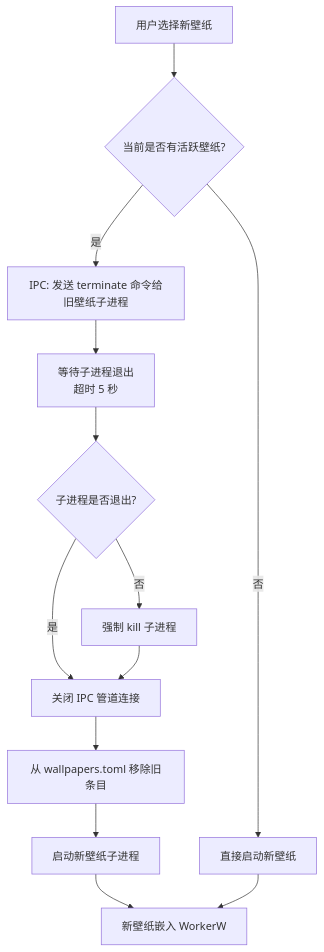
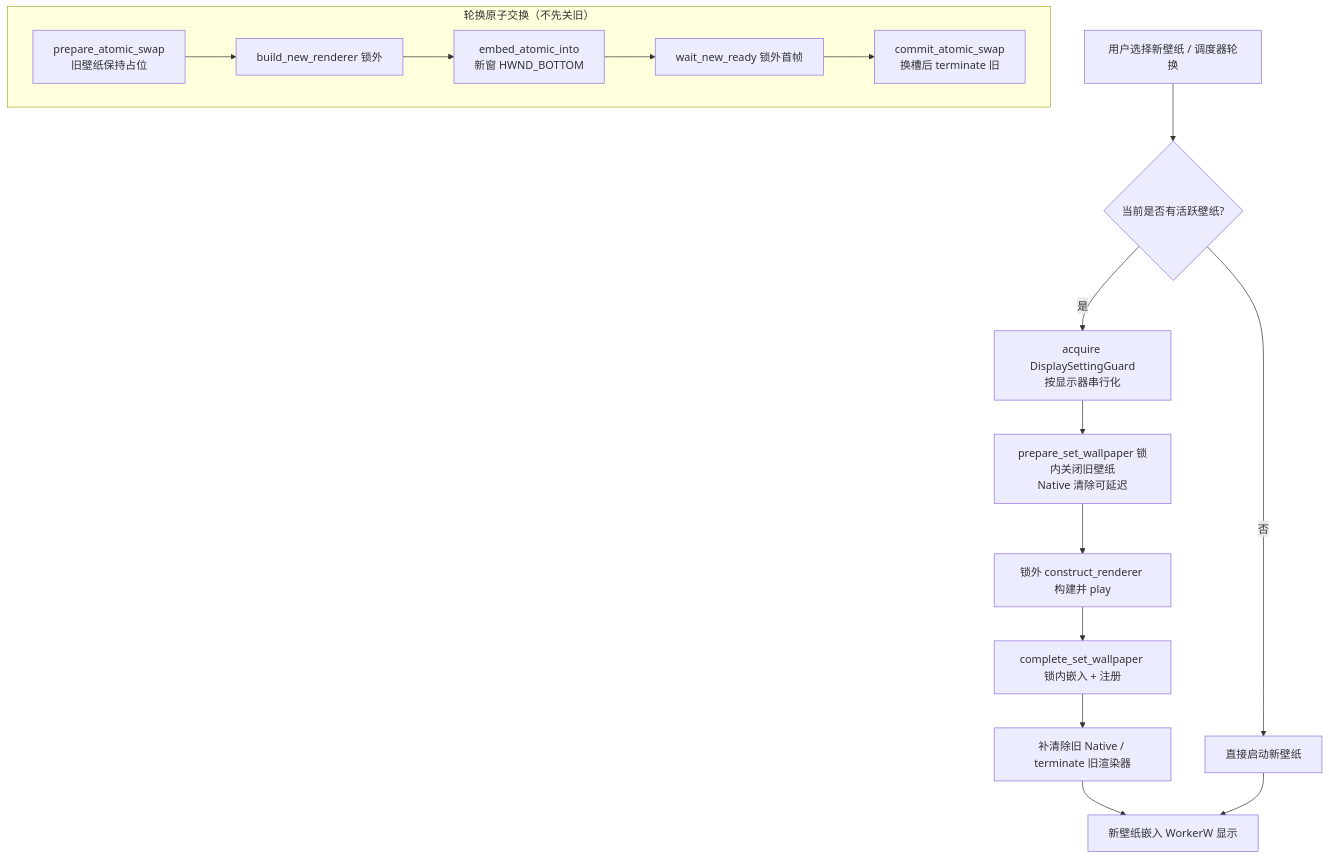
One commit to Wunseol/mirrorstar-wallpaper changed the third of 5 diagrams in docs/02-架构与技术栈/08-依赖与数据流-Dependency-and-Data-Flow.md. Above: the diagram before and after it, drawn with Mermaid. The commit also changed other lines of this file and 36 other files, not shown here.

````diff
--- a/docs/02-架构与技术栈/08-依赖与数据流-Dependency-and-Data-Flow.md
+++ b/docs/02-架构与技术栈/08-依赖与数据流-Dependency-and-Data-Flow.md
@@ -120,15 +161,19 @@
 ```mermaid
 flowchart TD
-    A[用户选择新壁纸] --> B{当前是否有活跃壁纸?}
+    A[用户选择新壁纸 / 调度器轮换] --> B{当前是否有活跃壁纸?}
     B -->|否| C[直接启动新壁纸]
-    B -->|是| D[IPC: 发送 terminate 命令给旧壁纸子进程]
-    D --> E[等待子进程退出<br/>超时 5 秒]
-    E --> F{子进程是否退出?}
-    F -->|是| G[关闭 IPC 管道连接]
-    F -->|否| H[强制 kill 子进程]
-    H --> G
-    G --> I[从 wallpapers.toml 移除旧条目]
-    I --> J[启动新壁纸子进程]
-    J --> K[新壁纸嵌入 WorkerW]
-    C --> K
+    B -->|是| D[acquire DisplaySettingGuard<br/>按显示器串行化]
+    D --> E[prepare_set_wallpaper 锁内关闭旧壁纸<br/>Native 清除可延迟]
+    E --> F[锁外 construct_renderer 构建并 play]
+    F --> G[complete_set_wallpaper 锁内嵌入 + 注册]
+    G --> H[补清除旧 Native / terminate 旧渲染器]
+    H --> I[新壁纸嵌入 WorkerW 显示]
+    C --> I
+
+    subgraph ATOMIC["轮换原子交换（不先关旧）"]
+      R1[prepare_atomic_swap<br/>旧壁纸保持占位] --> R2[build_new_renderer 锁外]
+      R2 --> R3[embed_atomic_into<br/>新窗 HWND_BOTTOM]
+      R3 --> R4[wait_new_ready 锁外首帧]
+      R4 --> R5[commit_atomic_swap<br/>换槽后 terminate 旧]
+    end
 ```
````
